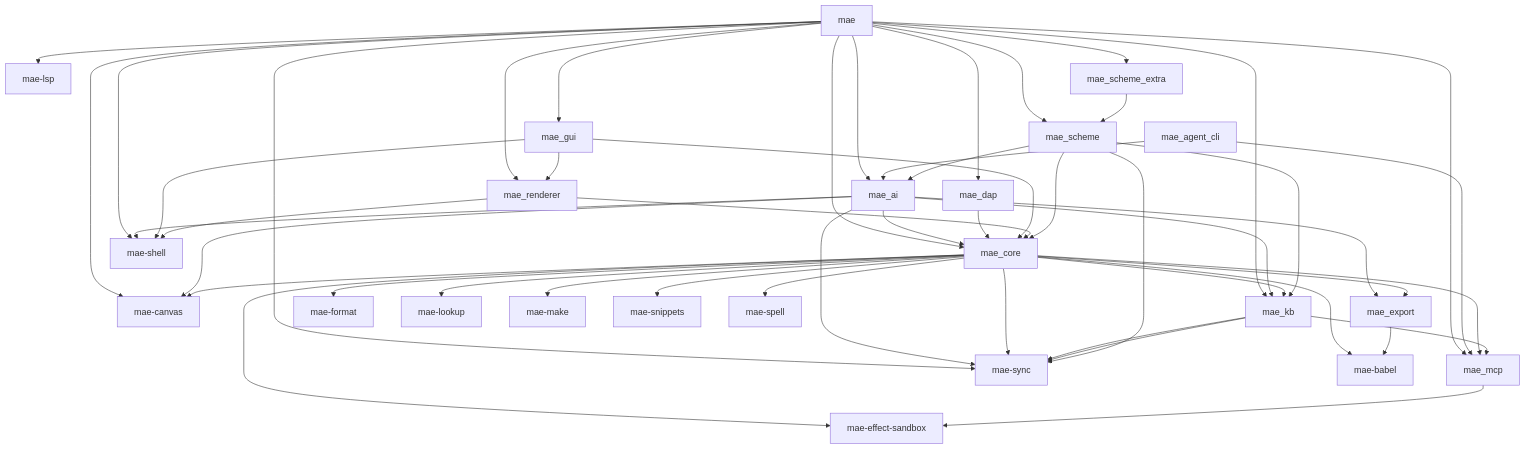
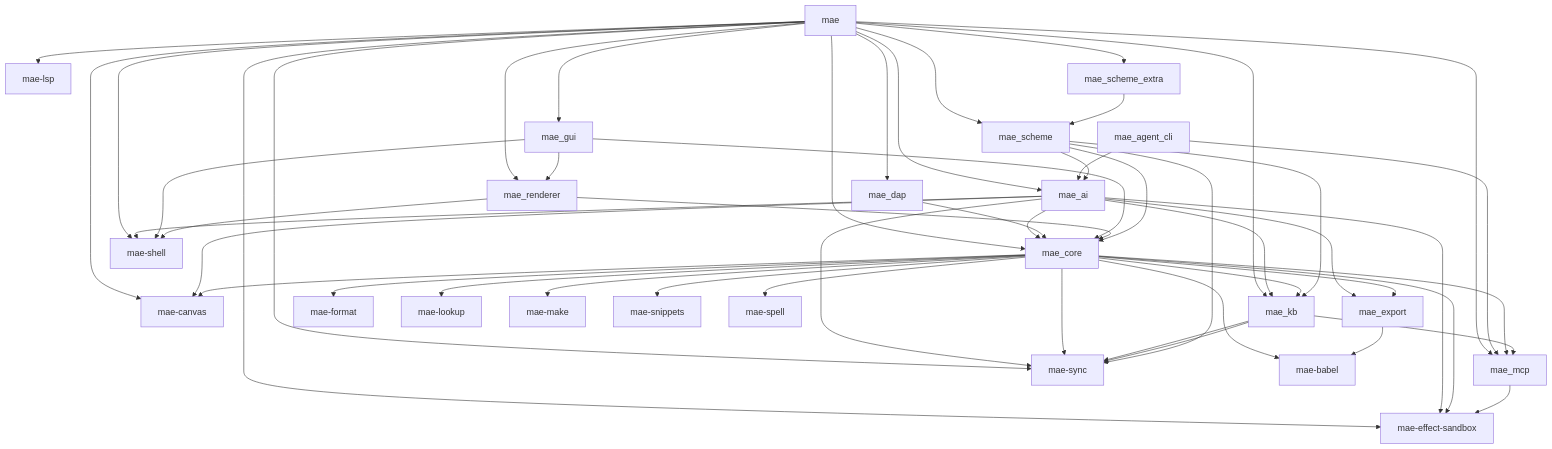
The diagram in docs/CODE_MAP.md (cuttlefisch/mae), drawn with Mermaid before and after one commit. The commit also changed other lines of this file and 19 other files, not shown here.

````diff
--- a/docs/CODE_MAP.md
+++ b/docs/CODE_MAP.md
@@ -7,63 +7,65 @@
 ```mermaid
 graph TD
     mae --> mae_ai
     mae --> mae_canvas
     mae --> mae_core
     mae --> mae_dap
+    mae --> mae_effect_sandbox
     mae --> mae_gui
     mae --> mae_kb
     mae --> mae_lsp
     mae --> mae_mcp
     mae --> mae_renderer
     mae --> mae_scheme
     mae --> mae_scheme_extra
     mae --> mae_shell
     mae --> mae_sync
     mae_agent_cli --> mae_ai
     mae_agent_cli --> mae_mcp
     mae_ai --> mae_canvas
     mae_ai --> mae_core
+    mae_ai --> mae_effect_sandbox
     mae_ai --> mae_export
     mae_ai --> mae_kb
     mae_ai --> mae_shell
     mae_ai --> mae_sync
     mae_babel[mae-babel]
     mae_canvas[mae-canvas]
     mae_core --> mae_babel
     mae_core --> mae_canvas
     mae_core --> mae_effect_sandbox
     mae_core --> mae_export
     mae_core --> mae_format
     mae_core --> mae_kb
     mae_core --> mae_lookup
     mae_core --> mae_make
     mae_core --> mae_snippets
     mae_core --> mae_spell
     mae_core --> mae_sync
     mae_core --> mae_mcp
     mae_dap --> mae_core
     mae_effect_sandbox[mae-effect-sandbox]
     mae_export --> mae_babel
     mae_format[mae-format]
     mae_gui --> mae_core
     mae_gui --> mae_renderer
     mae_gui --> mae_shell
     mae_kb --> mae_mcp
     mae_kb --> mae_sync
     mae_kb --> mae_sync
     mae_lookup[mae-lookup]
     mae_lsp[mae-lsp]
     mae_make[mae-make]
     mae_mcp --> mae_effect_sandbox
     mae_renderer --> mae_core
     mae_renderer --> mae_shell
     mae_scheme --> mae_ai
     mae_scheme --> mae_core
     mae_scheme --> mae_kb
     mae_scheme --> mae_sync
     mae_scheme_extra --> mae_scheme
     mae_shell[mae-shell]
     mae_snippets[mae-snippets]
     mae_spell[mae-spell]
     mae_sync[mae-sync]
 ```
````
